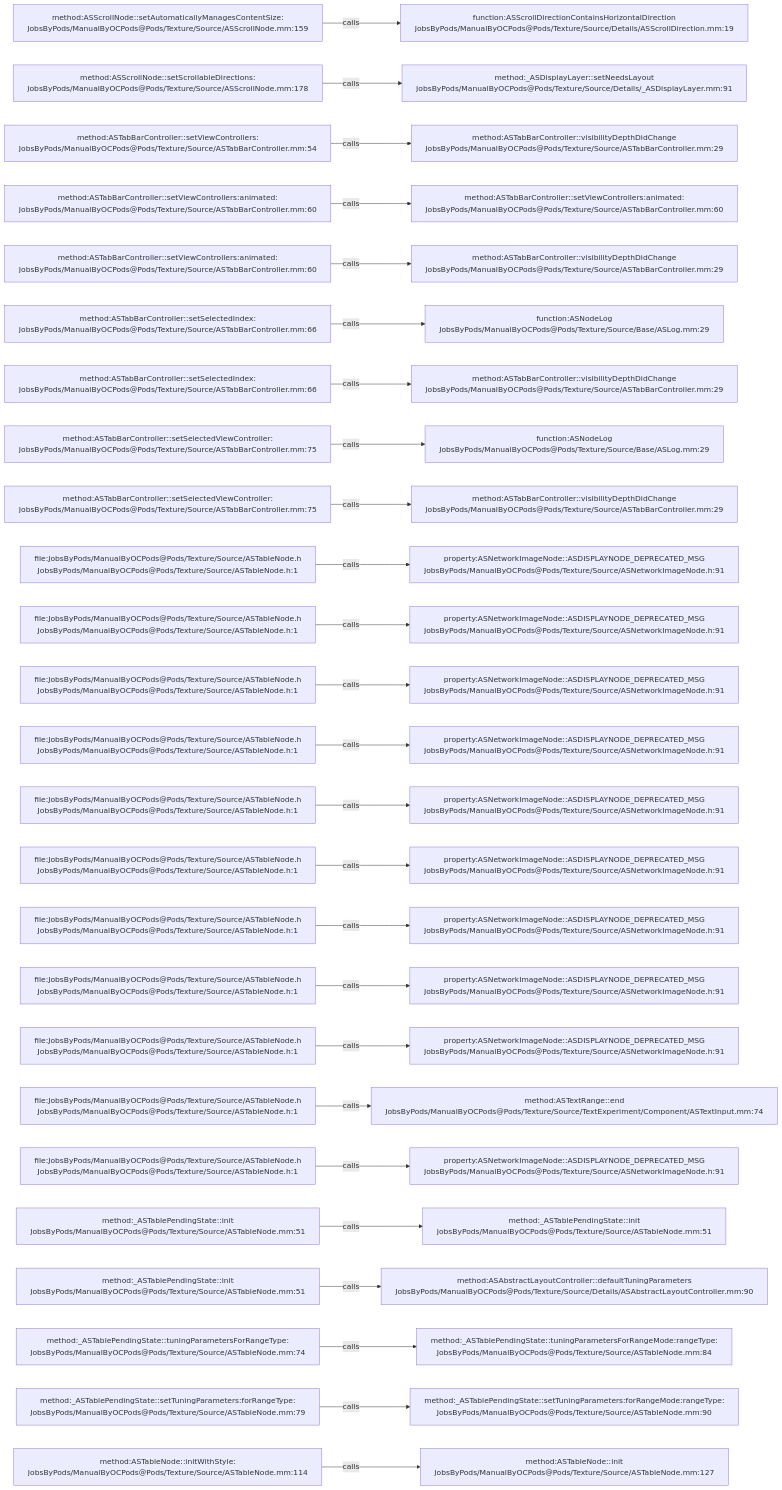
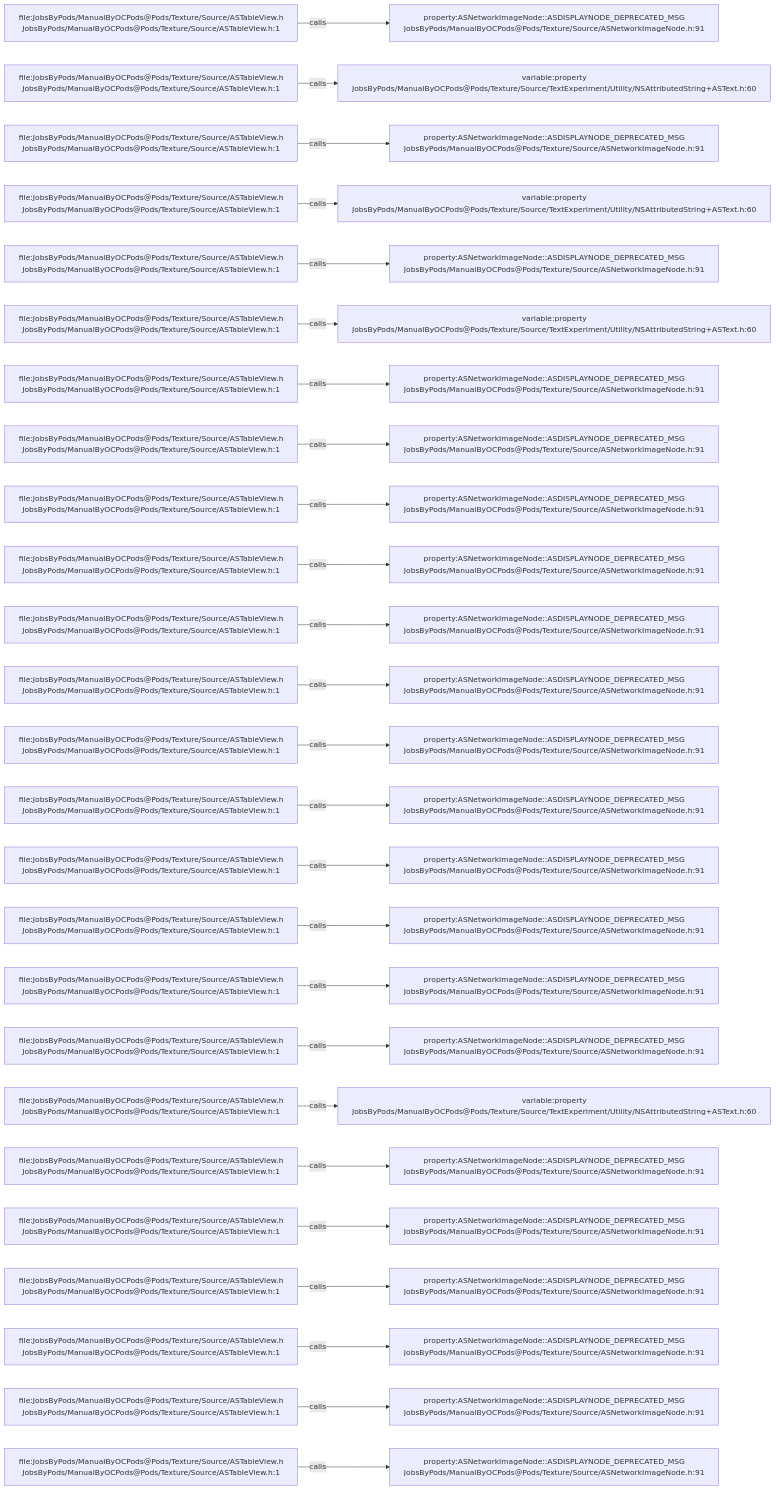
Before and after one commit to JobsKits/JobsOCBaseConfigDemo: the diagram in .codegraph/codegraph.md/graphs/calls-123.md, drawn with Mermaid. The commit also changed 1353 other files, not shown here.

````diff
--- a/.codegraph/codegraph.md/graphs/calls-123.md
+++ b/.codegraph/codegraph.md/graphs/calls-123.md
@@ -13,78 +13,78 @@
 ```mermaid
 flowchart LR
-  S1["method:ASScrollNode::setAutomaticallyManagesContentSize:<br/>JobsByPods/ManualByOCPods@Pods/Texture/Source/ASScrollNode.mm:159"]
-  T1["function:ASScrollDirectionContainsHorizontalDirection<br/>JobsByPods/ManualByOCPods@Pods/Texture/Source/Details/ASScrollDirection.mm:19"]
+  S1["file:JobsByPods/ManualByOCPods@Pods/Texture/Source/ASTableView.h<br/>JobsByPods/ManualByOCPods@Pods/Texture/Source/ASTableView.h:1"]
+  T1["property:ASNetworkImageNode::ASDISPLAYNODE_DEPRECATED_MSG<br/>JobsByPods/ManualByOCPods@Pods/Texture/Source/ASNetworkImageNode.h:91"]
   S1 -->|calls| T1
-  S2["method:ASScrollNode::setScrollableDirections:<br/>JobsByPods/ManualByOCPods@Pods/Texture/Source/ASScrollNode.mm:178"]
-  T2["method:_ASDisplayLayer::setNeedsLayout<br/>JobsByPods/ManualByOCPods@Pods/Texture/Source/Details/_ASDisplayLayer.mm:91"]
+  S2["file:JobsByPods/ManualByOCPods@Pods/Texture/Source/ASTableView.h<br/>JobsByPods/ManualByOCPods@Pods/Texture/Source/ASTableView.h:1"]
+  T2["variable:property<br/>JobsByPods/ManualByOCPods@Pods/Texture/Source/TextExperiment/Utility/NSAttributedString+ASText.h:60"]
   S2 -->|calls| T2
-  S3["method:ASTabBarController::setViewControllers:<br/>JobsByPods/ManualByOCPods@Pods/Texture/Source/ASTabBarController.mm:54"]
-  T3["method:ASTabBarController::visibilityDepthDidChange<br/>JobsByPods/ManualByOCPods@Pods/Texture/Source/ASTabBarController.mm:29"]
+  S3["file:JobsByPods/ManualByOCPods@Pods/Texture/Source/ASTableView.h<br/>JobsByPods/ManualByOCPods@Pods/Texture/Source/ASTableView.h:1"]
+  T3["property:ASNetworkImageNode::ASDISPLAYNODE_DEPRECATED_MSG<br/>JobsByPods/ManualByOCPods@Pods/Texture/Source/ASNetworkImageNode.h:91"]
   S3 -->|calls| T3
-  S4["method:ASTabBarController::setViewControllers:animated:<br/>JobsByPods/ManualByOCPods@Pods/Texture/Source/ASTabBarController.mm:60"]
-  T4["method:ASTabBarController::setViewControllers:animated:<br/>JobsByPods/ManualByOCPods@Pods/Texture/Source/ASTabBarController.mm:60"]
+  S4["file:JobsByPods/ManualByOCPods@Pods/Texture/Source/ASTableView.h<br/>JobsByPods/ManualByOCPods@Pods/Texture/Source/ASTableView.h:1"]
+  T4["variable:property<br/>JobsByPods/ManualByOCPods@Pods/Texture/Source/TextExperiment/Utility/NSAttributedString+ASText.h:60"]
   S4 -->|calls| T4
-  S5["method:ASTabBarController::setViewControllers:animated:<br/>JobsByPods/ManualByOCPods@Pods/Texture/Source/ASTabBarController.mm:60"]
-  T5["method:ASTabBarController::visibilityDepthDidChange<br/>JobsByPods/ManualByOCPods@Pods/Texture/Source/ASTabBarController.mm:29"]
+  S5["file:JobsByPods/ManualByOCPods@Pods/Texture/Source/ASTableView.h<br/>JobsByPods/ManualByOCPods@Pods/Texture/Source/ASTableView.h:1"]
+  T5["property:ASNetworkImageNode::ASDISPLAYNODE_DEPRECATED_MSG<br/>JobsByPods/ManualByOCPods@Pods/Texture/Source/ASNetworkImageNode.h:91"]
   S5 -->|calls| T5
-  S6["method:ASTabBarController::setSelectedIndex:<br/>JobsByPods/ManualByOCPods@Pods/Texture/Source/ASTabBarController.mm:66"]
-  T6["function:ASNodeLog<br/>JobsByPods/ManualByOCPods@Pods/Texture/Source/Base/ASLog.mm:29"]
+  S6["file:JobsByPods/ManualByOCPods@Pods/Texture/Source/ASTableView.h<br/>JobsByPods/ManualByOCPods@Pods/Texture/Source/ASTableView.h:1"]
+  T6["variable:property<br/>JobsByPods/ManualByOCPods@Pods/Texture/Source/TextExperiment/Utility/NSAttributedString+ASText.h:60"]
   S6 -->|calls| T6
-  S7["method:ASTabBarController::setSelectedIndex:<br/>JobsByPods/ManualByOCPods@Pods/Texture/Source/ASTabBarController.mm:66"]
-  T7["method:ASTabBarController::visibilityDepthDidChange<br/>JobsByPods/ManualByOCPods@Pods/Texture/Source/ASTabBarController.mm:29"]
+  S7["file:JobsByPods/ManualByOCPods@Pods/Texture/Source/ASTableView.h<br/>JobsByPods/ManualByOCPods@Pods/Texture/Source/ASTableView.h:1"]
+  T7["property:ASNetworkImageNode::ASDISPLAYNODE_DEPRECATED_MSG<br/>JobsByPods/ManualByOCPods@Pods/Texture/Source/ASNetworkImageNode.h:91"]
   S7 -->|calls| T7
-  S8["method:ASTabBarController::setSelectedViewController:<br/>JobsByPods/ManualByOCPods@Pods/Texture/Source/ASTabBarController.mm:75"]
-  T8["function:ASNodeLog<br/>JobsByPods/ManualByOCPods@Pods/Texture/Source/Base/ASLog.mm:29"]
+  S8["file:JobsByPods/ManualByOCPods@Pods/Texture/Source/ASTableView.h<br/>JobsByPods/ManualByOCPods@Pods/Texture/Source/ASTableView.h:1"]
+  T8["property:ASNetworkImageNode::ASDISPLAYNODE_DEPRECATED_MSG<br/>JobsByPods/ManualByOCPods@Pods/Texture/Source/ASNetworkImageNode.h:91"]
   S8 -->|calls| T8
-  S9["method:ASTabBarController::setSelectedViewController:<br/>JobsByPods/ManualByOCPods@Pods/Texture/Source/ASTabBarController.mm:75"]
-  T9["method:ASTabBarController::visibilityDepthDidChange<br/>JobsByPods/ManualByOCPods@Pods/Texture/Source/ASTabBarController.mm:29"]
+  S9["file:JobsByPods/ManualByOCPods@Pods/Texture/Source/ASTableView.h<br/>JobsByPods/ManualByOCPods@Pods/Texture/Source/ASTableView.h:1"]
+  T9["property:ASNetworkImageNode::ASDISPLAYNODE_DEPRECATED_MSG<br/>JobsByPods/ManualByOCPods@Pods/Texture/Source/ASNetworkImageNode.h:91"]
   S9 -->|calls| T9
-  S10["file:JobsByPods/ManualByOCPods@Pods/Texture/Source/ASTableNode.h<br/>JobsByPods/ManualByOCPods@Pods/Texture/Source/ASTableNode.h:1"]
+  S10["file:JobsByPods/ManualByOCPods@Pods/Texture/Source/ASTableView.h<br/>JobsByPods/ManualByOCPods@Pods/Texture/Source/ASTableView.h:1"]
   T10["property:ASNetworkImageNode::ASDISPLAYNODE_DEPRECATED_MSG<br/>JobsByPods/ManualByOCPods@Pods/Texture/Source/ASNetworkImageNode.h:91"]
   S10 -->|calls| T10
-  S11["file:JobsByPods/ManualByOCPods@Pods/Texture/Source/ASTableNode.h<br/>JobsByPods/ManualByOCPods@Pods/Texture/Source/ASTableNode.h:1"]
+  S11["file:JobsByPods/ManualByOCPods@Pods/Texture/Source/ASTableView.h<br/>JobsByPods/ManualByOCPods@Pods/Texture/Source/ASTableView.h:1"]
   T11["property:ASNetworkImageNode::ASDISPLAYNODE_DEPRECATED_MSG<br/>JobsByPods/ManualByOCPods@Pods/Texture/Source/ASNetworkImageNode.h:91"]
   S11 -->|calls| T11
-  S12["file:JobsByPods/ManualByOCPods@Pods/Texture/Source/ASTableNode.h<br/>JobsByPods/ManualByOCPods@Pods/Texture/Source/ASTableNode.h:1"]
+  S12["file:JobsByPods/ManualByOCPods@Pods/Texture/Source/ASTableView.h<br/>JobsByPods/ManualByOCPods@Pods/Texture/Source/ASTableView.h:1"]
   T12["property:ASNetworkImageNode::ASDISPLAYNODE_DEPRECATED_MSG<br/>JobsByPods/ManualByOCPods@Pods/Texture/Source/ASNetworkImageNode.h:91"]
   S12 -->|calls| T12
-  S13["file:JobsByPods/ManualByOCPods@Pods/Texture/Source/ASTableNode.h<br/>JobsByPods/ManualByOCPods@Pods/Texture/Source/ASTableNode.h:1"]
+  S13["file:JobsByPods/ManualByOCPods@Pods/Texture/Source/ASTableView.h<br/>JobsByPods/ManualByOCPods@Pods/Texture/Source/ASTableView.h:1"]
   T13["property:ASNetworkImageNode::ASDISPLAYNODE_DEPRECATED_MSG<br/>JobsByPods/ManualByOCPods@Pods/Texture/Source/ASNetworkImageNode.h:91"]
   S13 -->|calls| T13
-  S14["file:JobsByPods/ManualByOCPods@Pods/Texture/Source/ASTableNode.h<br/>JobsByPods/ManualByOCPods@Pods/Texture/Source/ASTableNode.h:1"]
+  S14["file:JobsByPods/ManualByOCPods@Pods/Texture/Source/ASTableView.h<br/>JobsByPods/ManualByOCPods@Pods/Texture/Source/ASTableView.h:1"]
   T14["property:ASNetworkImageNode::ASDISPLAYNODE_DEPRECATED_MSG<br/>JobsByPods/ManualByOCPods@Pods/Texture/Source/ASNetworkImageNode.h:91"]
   S14 -->|calls| T14
-  S15["file:JobsByPods/ManualByOCPods@Pods/Texture/Source/ASTableNode.h<br/>JobsByPods/ManualByOCPods@Pods/Texture/Source/ASTableNode.h:1"]
+  S15["file:JobsByPods/ManualByOCPods@Pods/Texture/Source/ASTableView.h<br/>JobsByPods/ManualByOCPods@Pods/Texture/Source/ASTableView.h:1"]
   T15["property:ASNetworkImageNode::ASDISPLAYNODE_DEPRECATED_MSG<br/>JobsByPods/ManualByOCPods@Pods/Texture/Source/ASNetworkImageNode.h:91"]
   S15 -->|calls| T15
-  S16["file:JobsByPods/ManualByOCPods@Pods/Texture/Source/ASTableNode.h<br/>JobsByPods/ManualByOCPods@Pods/Texture/Source/ASTableNode.h:1"]
+  S16["file:JobsByPods/ManualByOCPods@Pods/Texture/Source/ASTableView.h<br/>JobsByPods/ManualByOCPods@Pods/Texture/Source/ASTableView.h:1"]
   T16["property:ASNetworkImageNode::ASDISPLAYNODE_DEPRECATED_MSG<br/>JobsByPods/ManualByOCPods@Pods/Texture/Source/ASNetworkImageNode.h:91"]
   S16 -->|calls| T16
-  S17["file:JobsByPods/ManualByOCPods@Pods/Texture/Source/ASTableNode.h<br/>JobsByPods/ManualByOCPods@Pods/Texture/Source/ASTableNode.h:1"]
+  S17["file:JobsByPods/ManualByOCPods@Pods/Texture/Source/ASTableView.h<br/>JobsByPods/ManualByOCPods@Pods/Texture/Source/ASTableView.h:1"]
   T17["property:ASNetworkImageNode::ASDISPLAYNODE_DEPRECATED_MSG<br/>JobsByPods/ManualByOCPods@Pods/Texture/Source/ASNetworkImageNode.h:91"]
   S17 -->|calls| T17
-  S18["file:JobsByPods/ManualByOCPods@Pods/Texture/Source/ASTableNode.h<br/>JobsByPods/ManualByOCPods@Pods/Texture/Source/ASTableNode.h:1"]
+  S18["file:JobsByPods/ManualByOCPods@Pods/Texture/Source/ASTableView.h<br/>JobsByPods/ManualByOCPods@Pods/Texture/Source/ASTableView.h:1"]
   T18["property:ASNetworkImageNode::ASDISPLAYNODE_DEPRECATED_MSG<br/>JobsByPods/ManualByOCPods@Pods/Texture/Source/ASNetworkImageNode.h:91"]
   S18 -->|calls| T18
-  S19["file:JobsByPods/ManualByOCPods@Pods/Texture/Source/ASTableNode.h<br/>JobsByPods/ManualByOCPods@Pods/Texture/Source/ASTableNode.h:1"]
-  T19["method:ASTextRange::end<br/>JobsByPods/ManualByOCPods@Pods/Texture/Source/TextExperiment/Component/ASTextInput.mm:74"]
+  S19["file:JobsByPods/ManualByOCPods@Pods/Texture/Source/ASTableView.h<br/>JobsByPods/ManualByOCPods@Pods/Texture/Source/ASTableView.h:1"]
+  T19["variable:property<br/>JobsByPods/ManualByOCPods@Pods/Texture/Source/TextExperiment/Utility/NSAttributedString+ASText.h:60"]
   S19 -->|calls| T19
-  S20["file:JobsByPods/ManualByOCPods@Pods/Texture/Source/ASTableNode.h<br/>JobsByPods/ManualByOCPods@Pods/Texture/Source/ASTableNode.h:1"]
+  S20["file:JobsByPods/ManualByOCPods@Pods/Texture/Source/ASTableView.h<br/>JobsByPods/ManualByOCPods@Pods/Texture/Source/ASTableView.h:1"]
   T20["property:ASNetworkImageNode::ASDISPLAYNODE_DEPRECATED_MSG<br/>JobsByPods/ManualByOCPods@Pods/Texture/Source/ASNetworkImageNode.h:91"]
   S20 -->|calls| T20
-  S21["method:_ASTablePendingState::init<br/>JobsByPods/ManualByOCPods@Pods/Texture/Source/ASTableNode.mm:51"]
-  T21["method:_ASTablePendingState::init<br/>JobsByPods/ManualByOCPods@Pods/Texture/Source/ASTableNode.mm:51"]
+  S21["file:JobsByPods/ManualByOCPods@Pods/Texture/Source/ASTableView.h<br/>JobsByPods/ManualByOCPods@Pods/Texture/Source/ASTableView.h:1"]
+  T21["property:ASNetworkImageNode::ASDISPLAYNODE_DEPRECATED_MSG<br/>JobsByPods/ManualByOCPods@Pods/Texture/Source/ASNetworkImageNode.h:91"]
   S21 -->|calls| T21
-  S22["method:_ASTablePendingState::init<br/>JobsByPods/ManualByOCPods@Pods/Texture/Source/ASTableNode.mm:51"]
-  T22["method:ASAbstractLayoutController::defaultTuningParameters<br/>JobsByPods/ManualByOCPods@Pods/Texture/Source/Details/ASAbstractLayoutController.mm:90"]
+  S22["file:JobsByPods/ManualByOCPods@Pods/Texture/Source/ASTableView.h<br/>JobsByPods/ManualByOCPods@Pods/Texture/Source/ASTableView.h:1"]
+  T22["property:ASNetworkImageNode::ASDISPLAYNODE_DEPRECATED_MSG<br/>JobsByPods/ManualByOCPods@Pods/Texture/Source/ASNetworkImageNode.h:91"]
   S22 -->|calls| T22
-  S23["method:_ASTablePendingState::tuningParametersForRangeType:<br/>JobsByPods/ManualByOCPods@Pods/Texture/Source/ASTableNode.mm:74"]
-  T23["method:_ASTablePendingState::tuningParametersForRangeMode:rangeType:<br/>JobsByPods/ManualByOCPods@Pods/Texture/Source/ASTableNode.mm:84"]
+  S23["file:JobsByPods/ManualByOCPods@Pods/Texture/Source/ASTableView.h<br/>JobsByPods/ManualByOCPods@Pods/Texture/Source/ASTableView.h:1"]
+  T23["property:ASNetworkImageNode::ASDISPLAYNODE_DEPRECATED_MSG<br/>JobsByPods/ManualByOCPods@Pods/Texture/Source/ASNetworkImageNode.h:91"]
   S23 -->|calls| T23
-  S24["method:_ASTablePendingState::setTuningParameters:forRangeType:<br/>JobsByPods/ManualByOCPods@Pods/Texture/Source/ASTableNode.mm:79"]
-  T24["method:_ASTablePendingState::setTuningParameters:forRangeMode:rangeType:<br/>JobsByPods/ManualByOCPods@Pods/Texture/Source/ASTableNode.mm:90"]
+  S24["file:JobsByPods/ManualByOCPods@Pods/Texture/Source/ASTableView.h<br/>JobsByPods/ManualByOCPods@Pods/Texture/Source/ASTableView.h:1"]
+  T24["property:ASNetworkImageNode::ASDISPLAYNODE_DEPRECATED_MSG<br/>JobsByPods/ManualByOCPods@Pods/Texture/Source/ASNetworkImageNode.h:91"]
   S24 -->|calls| T24
-  S25["method:ASTableNode::initWithStyle:<br/>JobsByPods/ManualByOCPods@Pods/Texture/Source/ASTableNode.mm:114"]
-  T25["method:ASTableNode::init<br/>JobsByPods/ManualByOCPods@Pods/Texture/Source/ASTableNode.mm:127"]
+  S25["file:JobsByPods/ManualByOCPods@Pods/Texture/Source/ASTableView.h<br/>JobsByPods/ManualByOCPods@Pods/Texture/Source/ASTableView.h:1"]
+  T25["property:ASNetworkImageNode::ASDISPLAYNODE_DEPRECATED_MSG<br/>JobsByPods/ManualByOCPods@Pods/Texture/Source/ASNetworkImageNode.h:91"]
   S25 -->|calls| T25
 ```
````
